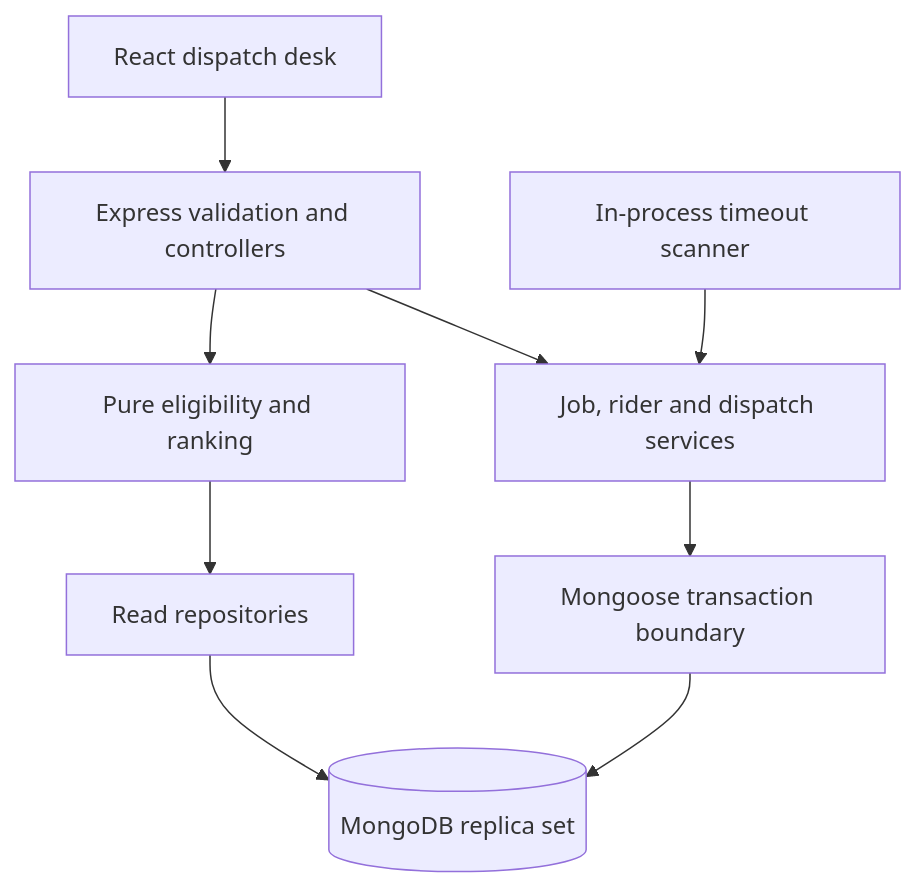
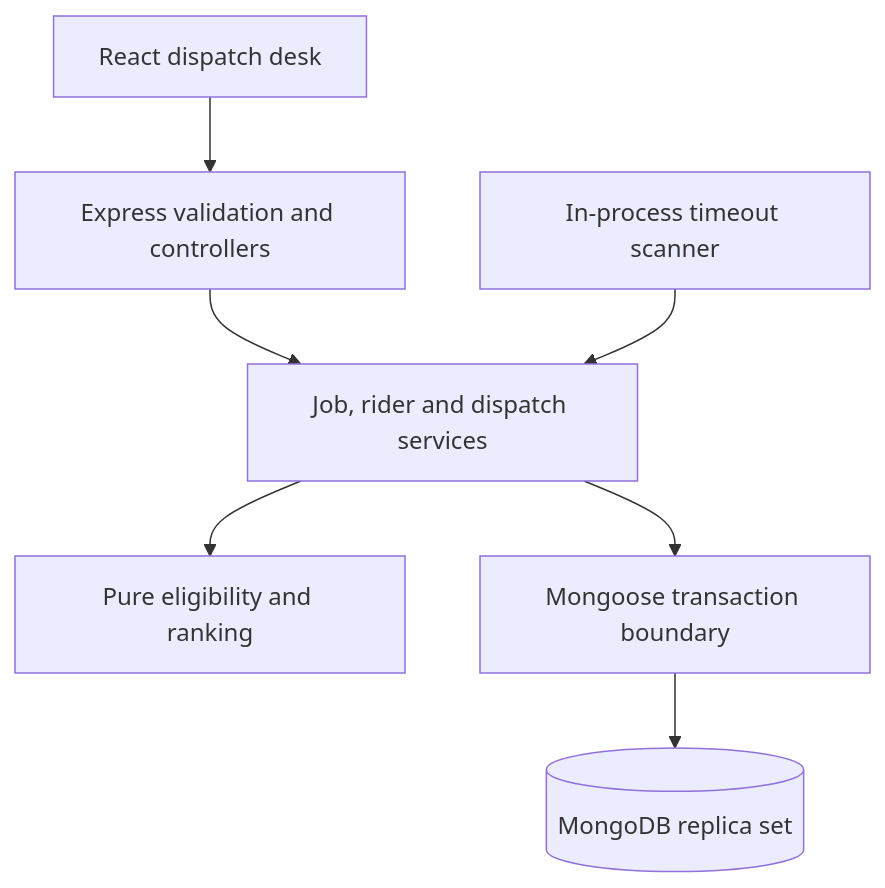
One commit to VigneshThanigachalam/Relay changed the first of 2 diagrams in docs/architecture.md. Above: the diagram before and after it, drawn with Mermaid. The commit also changed other lines of this file and 10 other files, not shown here.

Commit message:
docs: reconcile requirements architecture and reviewer setup with implemented behavior

````diff
--- a/docs/architecture.md
+++ b/docs/architecture.md
@@ -7,11 +7,9 @@
 ```mermaid
 flowchart TD
   UI["React dispatch desk"] --> HTTP["Express validation and controllers"]
   HTTP --> Services["Job, rider and dispatch services"]
-  HTTP --> Rank["Pure eligibility and ranking"]
+  Services --> Rank["Pure eligibility and ranking"]
   Tick["In-process timeout scanner"] --> Services
   Services --> Tx["Mongoose transaction boundary"]
-  Rank --> Read["Read repositories"]
-  Read --> DB[("MongoDB replica set")]
-  Tx --> DB
+  Tx --> DB[("MongoDB replica set")]
 ```
````
